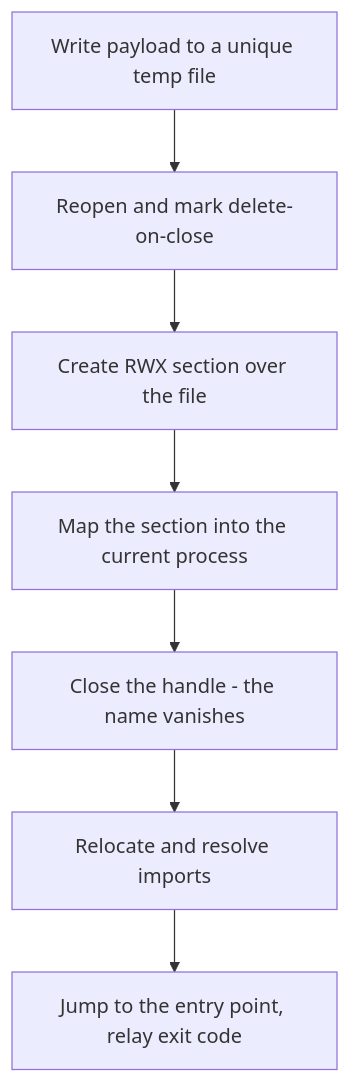
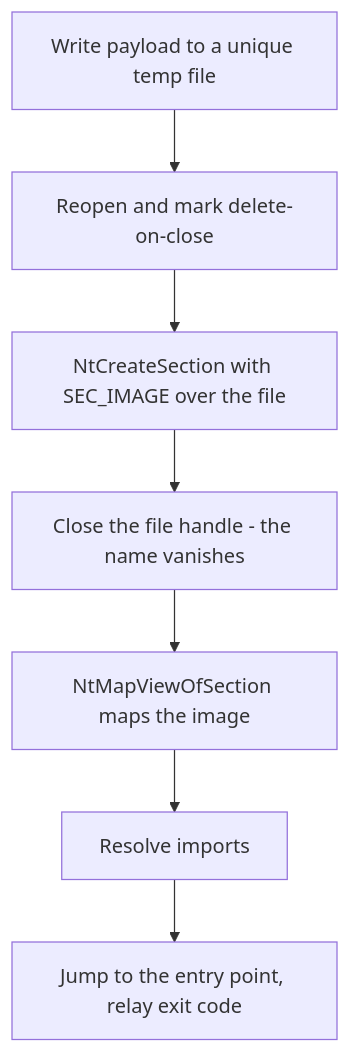
The diagram in src/techniques/process_ghosting/README.md (M3str3/Picaro), drawn with Mermaid before and after one commit. The commit also changed other lines of this file and 6 other files, not shown here.

````diff
--- a/src/techniques/process_ghosting/README.md
+++ b/src/techniques/process_ghosting/README.md
@@ -17,9 +19,9 @@
 ```mermaid
 flowchart TD
     A[Write payload to a unique temp file] --> B[Reopen and mark delete-on-close]
-    B --> C[Create RWX section over the file]
-    C --> D[Map the section into the current process]
-    D --> E[Close the handle - the name vanishes]
-    E --> F[Relocate and resolve imports]
+    B --> C[NtCreateSection with SEC_IMAGE over the file]
+    C --> D[Close the file handle - the name vanishes]
+    D --> E[NtMapViewOfSection maps the image]
+    E --> F[Resolve imports]
     F --> G[Jump to the entry point, relay exit code]
 ```
````
